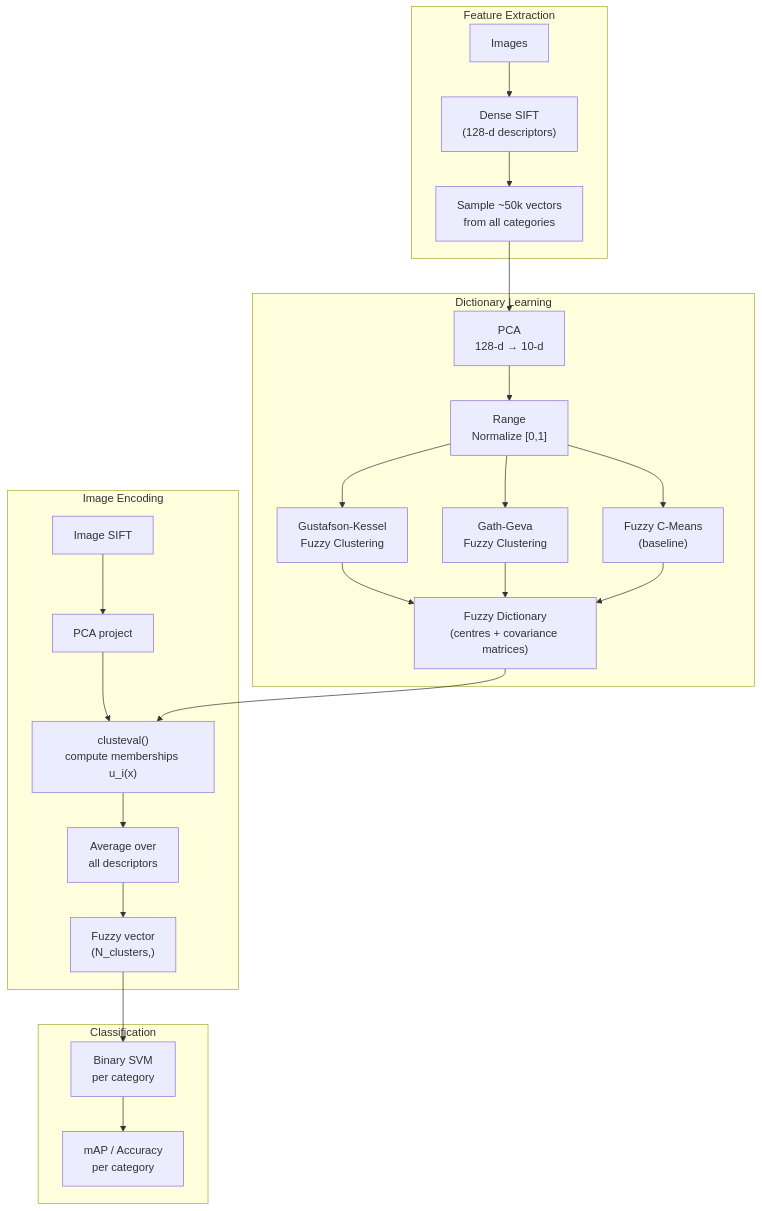
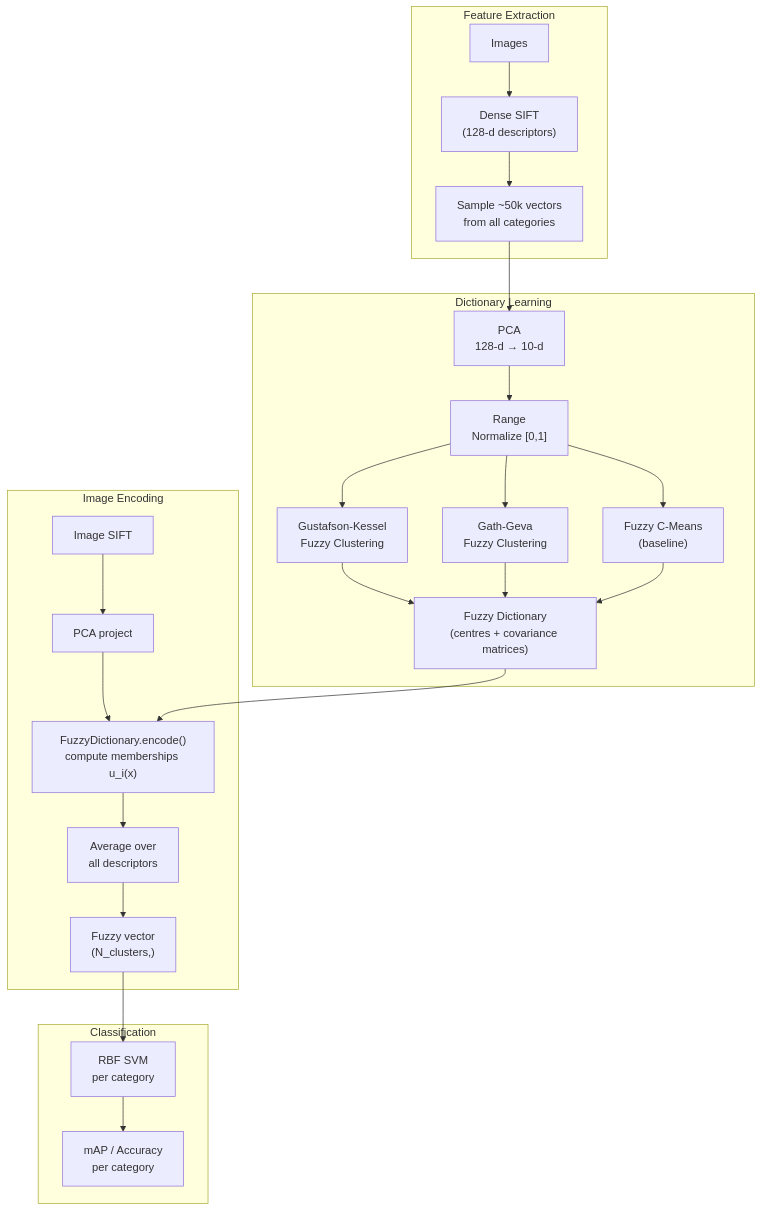
The diagram in README.md (ashish-code/FuzzyVisualEncoding), drawn with Mermaid before and after one commit. The commit also changed other lines of this file, not shown here.

````diff
--- a/README.md
+++ b/README.md
@@ -39,31 +40,31 @@
 ```mermaid
 flowchart TB
     subgraph Extract["Feature Extraction"]
         IMG["Images"] --> DSIFT["Dense SIFT\n(128-d descriptors)"]
         DSIFT --> SAMPLE["Sample ~50k vectors\nfrom all categories"]
     end
 
     subgraph Dict["Dictionary Learning"]
         SAMPLE --> PCA["PCA\n128-d → 10-d"]
         PCA --> NORM["Range\nNormalize [0,1]"]
         NORM --> GK["Gustafson-Kessel\nFuzzy Clustering"]
         NORM --> GG["Gath-Geva\nFuzzy Clustering"]
         NORM --> FCM["Fuzzy C-Means\n(baseline)"]
         GK --> DICT["Fuzzy Dictionary\n(centres + covariance matrices)"]
         GG --> DICT
         FCM --> DICT
     end
 
     subgraph Encode["Image Encoding"]
         DSIFT2["Image SIFT"] --> PCA2["PCA project"]
-        PCA2 --> EVAL["clusteval()\ncompute memberships u_i(x)"]
+        PCA2 --> EVAL["FuzzyDictionary.encode()\ncompute memberships u_i(x)"]
         EVAL --> AVG["Average over\nall descriptors"]
         AVG --> FVEC["Fuzzy vector\n(N_clusters,)"]
     end
 
     subgraph Classify["Classification"]
         DICT --> EVAL
-        FVEC --> SVM["Binary SVM\nper category"]
+        FVEC --> SVM["RBF SVM\nper category"]
         SVM --> MAP["mAP / Accuracy\nper category"]
     end
 ```
````
